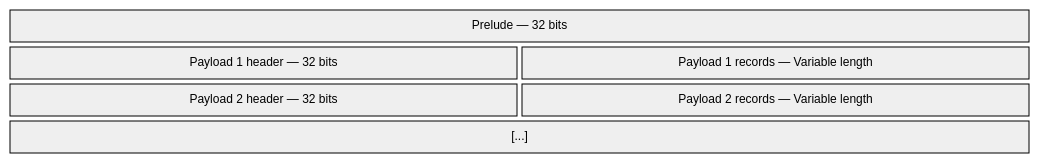
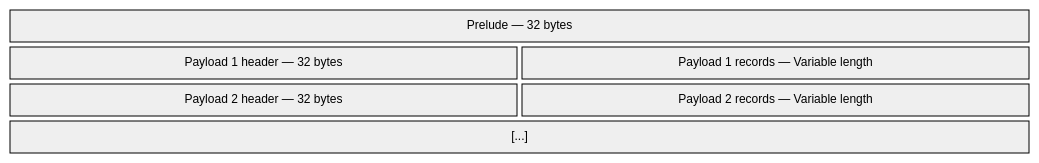
One commit to AerynOS/dotdev changed the diagram in src/content/docs/Developers/Stone/index.mdx. Above: the diagram before and after it, drawn with Mermaid.

Commit message:
developers: stone: Turn bits into bytes

````diff
--- a/src/content/docs/Developers/Stone/index.mdx
+++ b/src/content/docs/Developers/Stone/index.mdx
@@ -24,16 +24,16 @@
 ```mermaid
 %%{
   init: {
     'packet': {
        'showBits': false
     }
   }
 }%%
 packet
-+32: "Prelude — 32 bits"
-+16: "Payload 1 header — 32 bits"
++32: "Prelude — 32 bytes"
++16: "Payload 1 header — 32 bytes"
 +16: "Payload 1 records — Variable length"
-+16: "Payload 2 header — 32 bits"
++16: "Payload 2 header — 32 bytes"
 +16: "Payload 2 records — Variable length"
 +32: "[...]"
 ```
````
